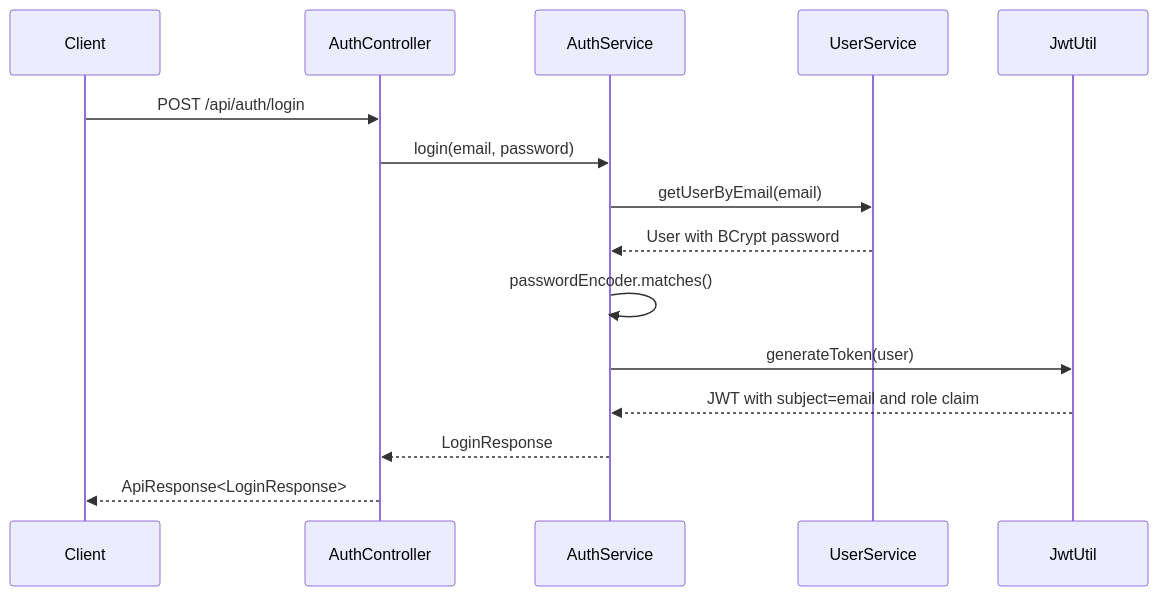
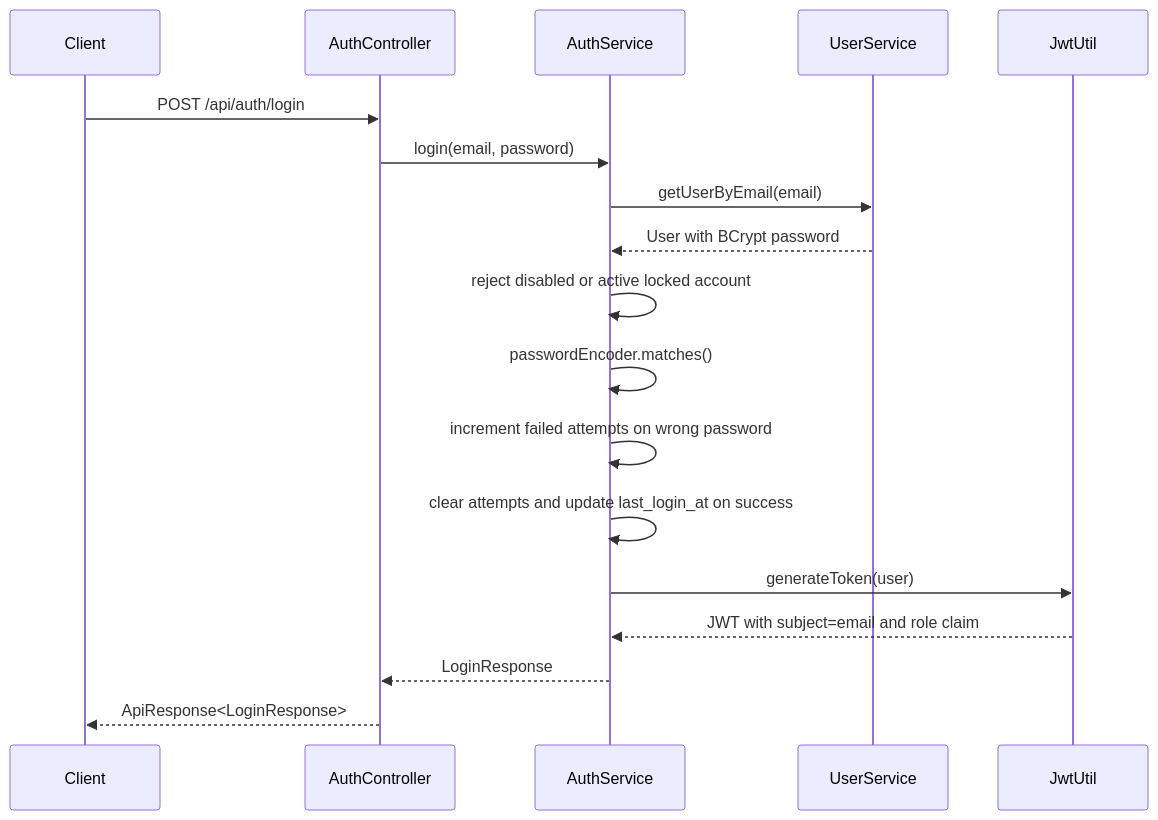
Before and after one commit to yuneshbyte01/hamro-chalchitraghar-backend: the fourth of 11 diagrams in docs/ARCHITECTURE.md, drawn with Mermaid. The commit also changed other lines of this file and 10 other files, not shown here.

Commit message:
feat(auth): harden authentication with account security controls

````diff
--- a/docs/ARCHITECTURE.md
+++ b/docs/ARCHITECTURE.md
@@ -116,18 +116,21 @@
 ```mermaid
 sequenceDiagram
     participant Client
     participant AuthController
     participant AuthService
     participant UserService
     participant JwtUtil
 
     Client->>AuthController: POST /api/auth/login
     AuthController->>AuthService: login(email, password)
     AuthService->>UserService: getUserByEmail(email)
     UserService-->>AuthService: User with BCrypt password
+    AuthService->>AuthService: reject disabled or active locked account
     AuthService->>AuthService: passwordEncoder.matches()
+    AuthService->>AuthService: increment failed attempts on wrong password
+    AuthService->>AuthService: clear attempts and update last_login_at on success
     AuthService->>JwtUtil: generateToken(user)
     JwtUtil-->>AuthService: JWT with subject=email and role claim
     AuthService-->>AuthController: LoginResponse
     AuthController-->>Client: ApiResponse<LoginResponse>
 ```
````
